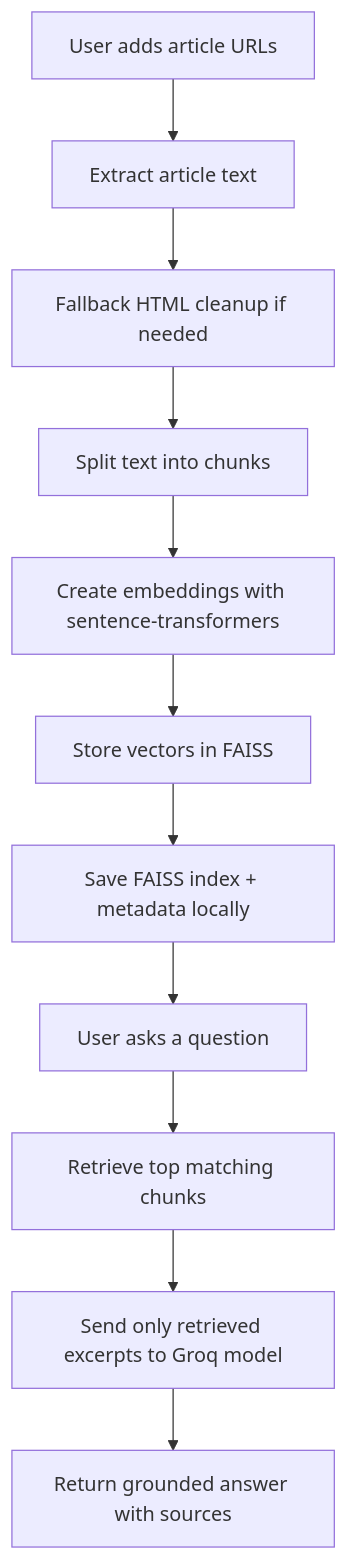
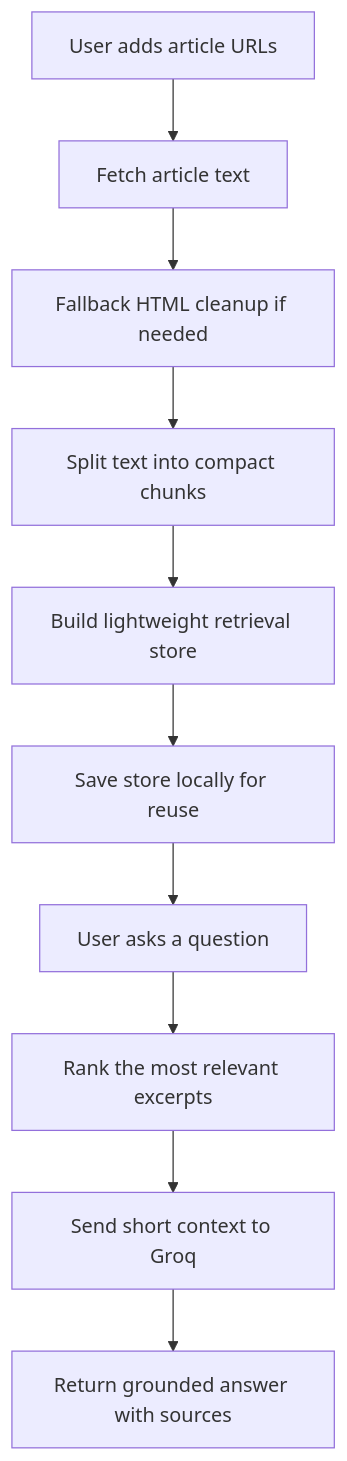
One commit to AashishMLtech/Financial-knowledge-chatbot changed the diagram in README.md. Above: the diagram before and after it, drawn with Mermaid. The commit also changed other lines of this file and 1 other file, not shown here.

Commit message:
Update README and optimize lightweight retrieval

````diff
--- a/README.md
+++ b/README.md
@@ -30,13 +41,12 @@
 ```mermaid
 flowchart TD
-    A[User adds article URLs] --> B[Extract article text]
+    A[User adds article URLs] --> B[Fetch article text]
     B --> C[Fallback HTML cleanup if needed]
-    C --> D[Split text into chunks]
-    D --> E[Create embeddings with sentence-transformers]
-    E --> F[Store vectors in FAISS]
-    F --> G[Save FAISS index + metadata locally]
-    G --> H[User asks a question]
-    H --> I[Retrieve top matching chunks]
-    I --> J[Send only retrieved excerpts to Groq model]
-    J --> K[Return grounded answer with sources]
+    C --> D[Split text into compact chunks]
+    D --> E[Build lightweight retrieval store]
+    E --> F[Save store locally for reuse]
+    F --> G[User asks a question]
+    G --> H[Rank the most relevant excerpts]
+    H --> I[Send short context to Groq]
+    I --> J[Return grounded answer with sources]
 ```
````
